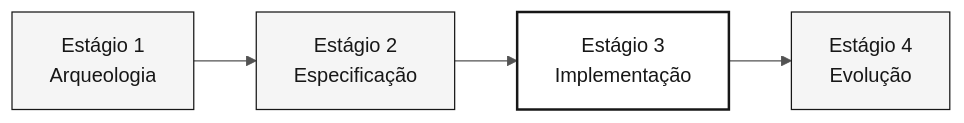
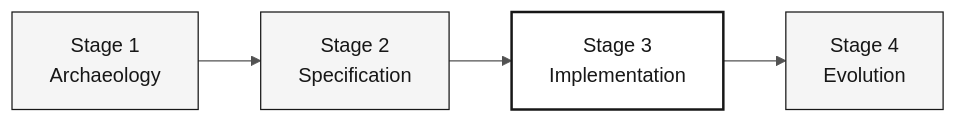
The diagram in 05-personas/07-dba/PERSONA.md (paulasilvatech/datacorp-mm-team-kit), drawn with Mermaid before and after one commit. The commit also changed other lines of this file and 163 other files, not shown here.

````diff
--- a/05-personas/07-dba/PERSONA.md
+++ b/05-personas/07-dba/PERSONA.md
@@ -32,11 +32,10 @@
 ```mermaid
 %%{init: {'theme':'neutral','themeVariables':{'fontFamily':'ui-sans-serif, system-ui, sans-serif','primaryColor':'#F5F5F5','primaryTextColor':'#171717','primaryBorderColor':'#171717','lineColor':'#525252','secondaryColor':'#FFFFFF','tertiaryColor':'#FAFAFA','background':'#FFFFFF'}}}%%
 flowchart LR
     classDef step fill:#F5F5F5,stroke:#171717,color:#171717
     classDef active fill:#FFFFFF,stroke:#171717,color:#171717,stroke-width:2px
     classDef muted fill:#FAFAFA,stroke:#A3A3A3,color:#404040
-
-    S1["Estágio 1<br/>Arqueologia"]:::step --> S2["Estágio 2<br/>Especificação"]:::step
-    S2 --> S3["Estágio 3<br/>Implementação"]:::active
-    S3 --> S4["Estágio 4<br/>Evolução"]:::step
+    S1["Stage 1<br/>Archaeology"]:::step --> S2["Stage 2<br/>Specification"]:::step
+    S2 --> S3["Stage 3<br/>Implementation"]:::active
+    S3 --> S4["Stage 4<br/>Evolution"]:::step
 ```
````
